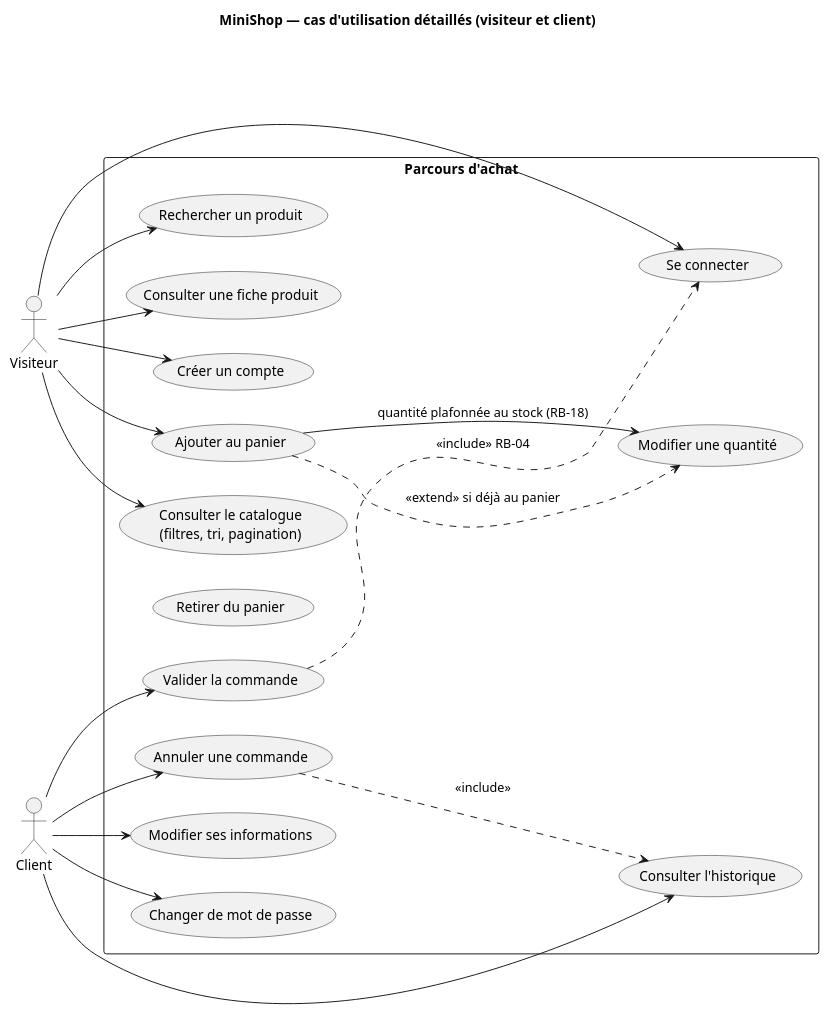
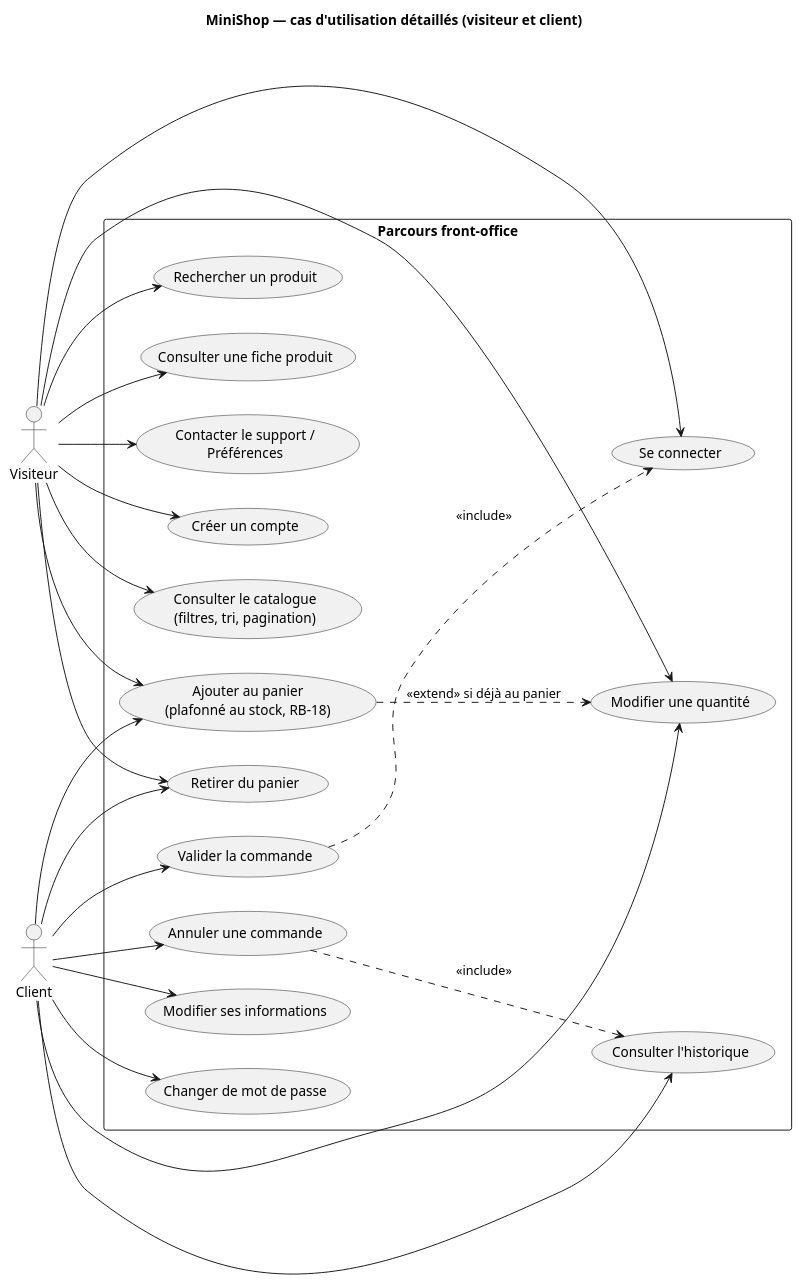
The diagram in docs/diagrams/src/cas_utilisation_detail.puml (jojo8356/SAE-302), drawn with PlantUML before and after one commit. The commit also changed 28 other files, not shown here.

Commit message:
docs(uml): corrige les 14 schémas PlantUML et régénère les 14 PNG conformes au code

```diff
--- a/docs/diagrams/src/cas_utilisation_detail.puml
+++ b/docs/diagrams/src/cas_utilisation_detail.puml
@@ -1,36 +1,48 @@
 @startuml cas_utilisation_detail
 title MiniShop — cas d'utilisation détaillés (visiteur et client)
 left to right direction
-actor Visiteur as V
-actor Client as C
-rectangle "Parcours d'achat" {
+skinparam packageStyle rectangle
+
+actor "Visiteur" as V
+actor "Client" as C
+
+rectangle "Parcours front-office" {
   usecase "Consulter le catalogue\n(filtres, tri, pagination)" as U1
   usecase "Rechercher un produit" as U2
   usecase "Consulter une fiche produit" as U3
+  usecase "Contacter le support /\nPréférences" as U14
   usecase "Créer un compte" as U4
   usecase "Se connecter" as U5
-  usecase "Ajouter au panier" as U6
+  usecase "Ajouter au panier\n(plafonné au stock, RB-18)" as U6
   usecase "Modifier une quantité" as U7
   usecase "Retirer du panier" as U8
   usecase "Valider la commande" as U9
   usecase "Consulter l'historique" as U10
   usecase "Annuler une commande" as U11
   usecase "Modifier ses informations" as U12
   usecase "Changer de mot de passe" as U13
 }
+
 V --> U1
 V --> U2
 V --> U3
+V --> U14
 V --> U4
 V --> U5
 V --> U6
+V --> U7
+V --> U8
+
+C --> U6
+C --> U7
+C --> U8
 C --> U9
 C --> U10
 C --> U11
 C --> U12
 C --> U13
+
 U6 ..> U7 : <<extend>> si déjà au panier
-U9 ..> U5 : <<include>> RB-04
+U9 ..> U5 : <<include>>
 U11 ..> U10 : <<include>>
-U6 --> U7 : quantité plafonnée au stock (RB-18)
 @enduml
```
